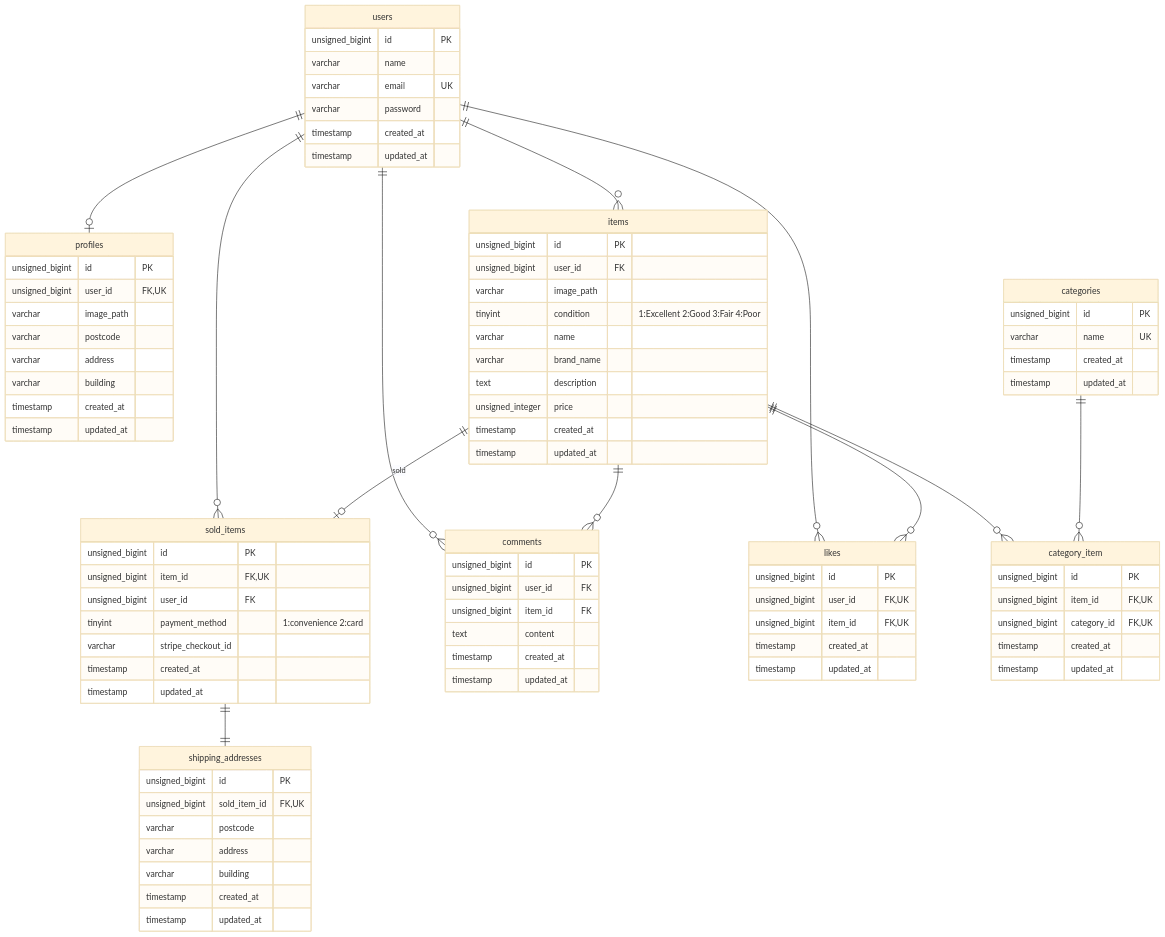
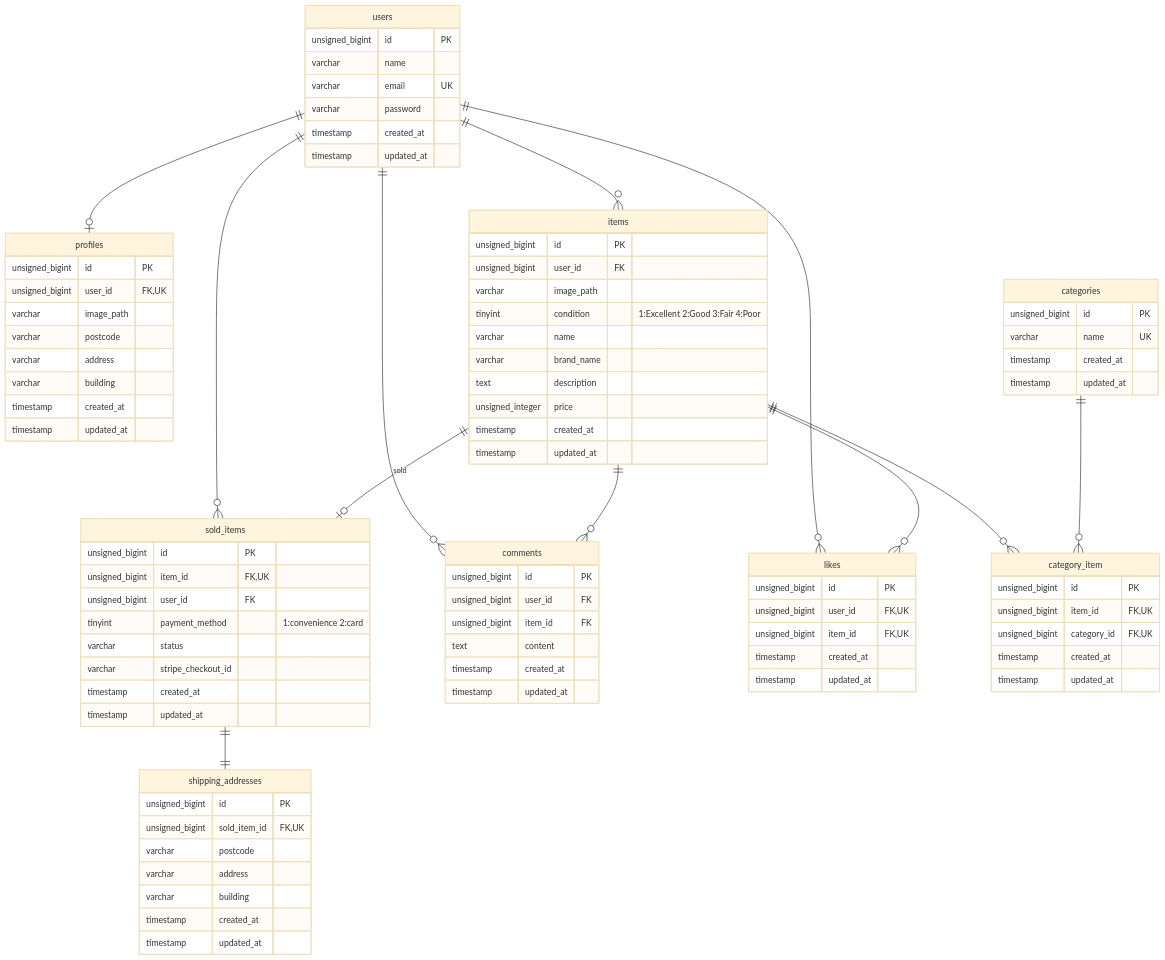
One commit to sappy3105/fleamarket-app changed the diagram in README.md. Above: the diagram before and after it, drawn with Mermaid (base theme). The commit also changed 5 other files, not shown here.

```diff
--- a/README.md
+++ b/README.md
@@ -202,6 +202,7 @@
     unsigned_bigint item_id FK,UK
     unsigned_bigint user_id FK
     tinyint payment_method "1:convenience 2:card"
+    varchar status
     varchar stripe_checkout_id
     timestamp created_at
     timestamp updated_at
```
